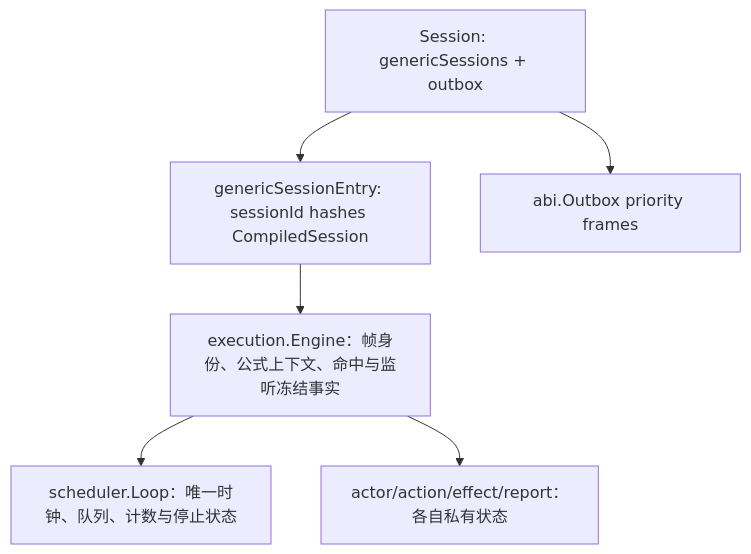
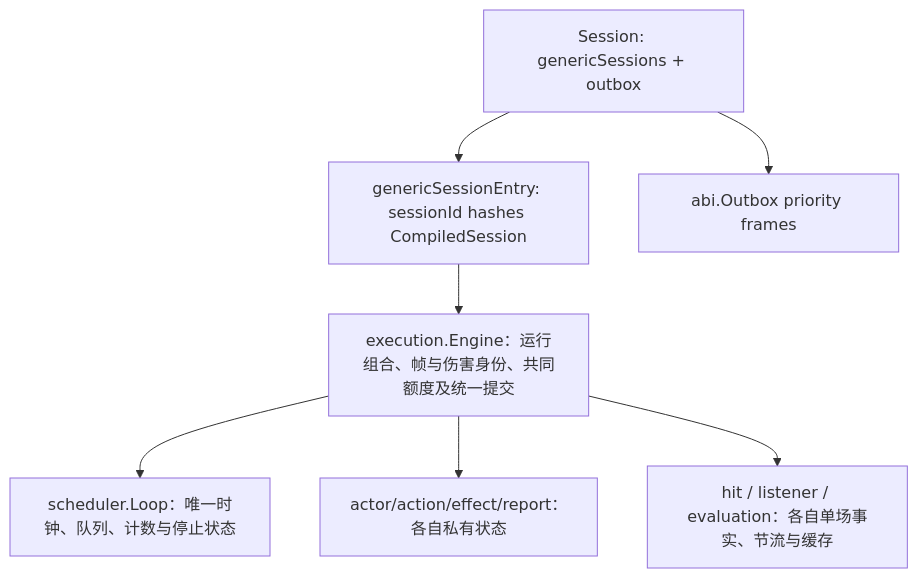
One commit to JeanbartBiubiu/damage_viewer_project_planning changed the fourth of 4 diagrams in wasm/tinygo_engine_v2/ARCHITECTURE.md. Above: the diagram before and after it, drawn with Mermaid. The commit also changed other lines of this file and 112 other files, not shown here.

````diff
--- a/wasm/tinygo_engine_v2/ARCHITECTURE.md
+++ b/wasm/tinygo_engine_v2/ARCHITECTURE.md
@@ -135,15 +148,17 @@
 ```mermaid
 graph TD
     Session["Session: genericSessions + outbox"]
     Entry["genericSessionEntry: sessionId hashes CompiledSession"]
-    State["execution.Engine：帧身份、公式上下文、命中与监听冻结事实"]
+    State["execution.Engine：运行组合、帧与伤害身份、共同额度及统一提交"]
+    ExecutionParts["hit / listener / evaluation：各自单场事实、节流与缓存"]
     Loop["scheduler.Loop：唯一时钟、队列、计数与停止状态"]
     Subsystems["actor/action/effect/report：各自私有状态"]
     Outbox["abi.Outbox priority frames"]
 
     Session --> Entry
     Session --> Outbox
     Entry --> State
     State --> Loop
     State --> Subsystems
+    State --> ExecutionParts
 ```
````
